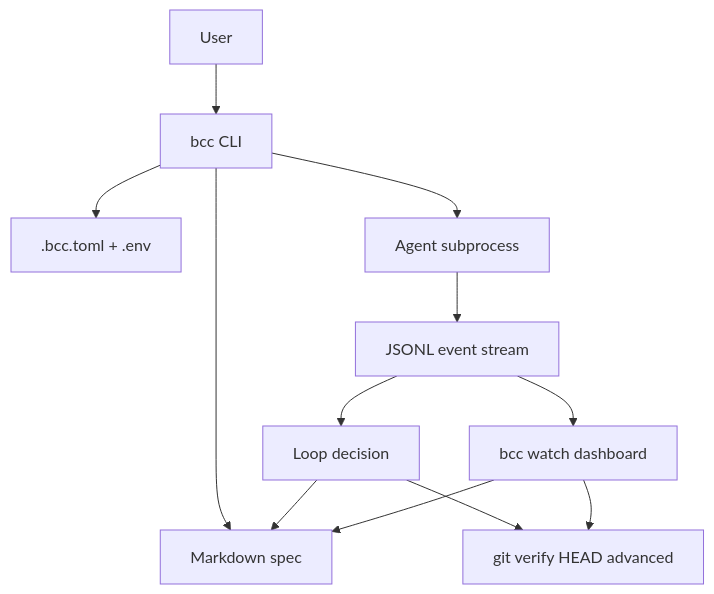
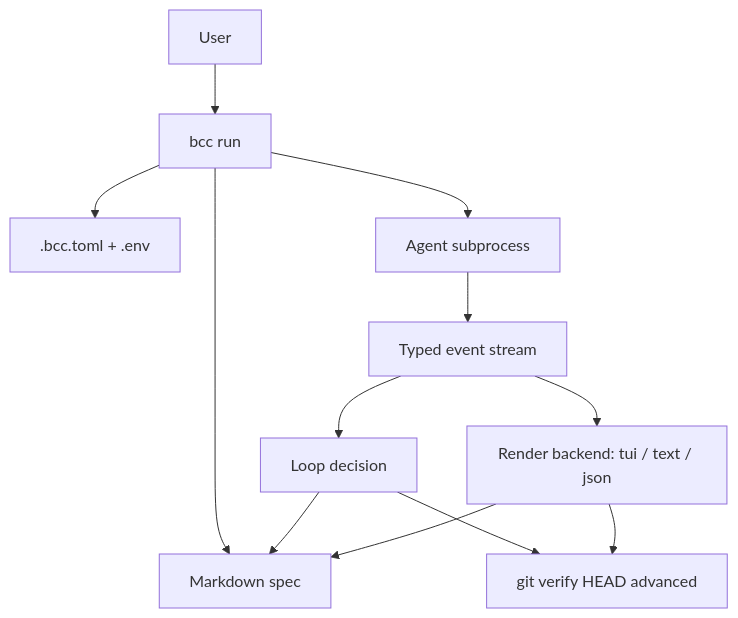
The first of 2 diagrams in docs/specs/buchecha-mvp/index.md (fgmacedo/buchecha), drawn with Mermaid before and after one commit. The commit also changed other lines of this file and 2 other files, not shown here.

First line of the commit message:
docs(specs): rework Phase 2 around single-process TUI; add Phase 3 steering

````diff
--- a/docs/specs/buchecha-mvp/index.md
+++ b/docs/specs/buchecha-mvp/index.md
@@ -45,14 +44,14 @@
 ```mermaid
 graph TD
-    USER[User] --> BCC[bcc CLI]
+    USER[User] --> BCC[bcc run]
     BCC --> CONFIG[.bcc.toml + .env]
     BCC --> SPEC[Markdown spec]
     BCC --> EXEC[Agent subprocess]
-    EXEC --> JSONL[JSONL event stream]
-    JSONL --> LOOP[Loop decision]
-    JSONL --> DASH[bcc watch dashboard]
+    EXEC --> EVENTS[Typed event stream]
+    EVENTS --> LOOP[Loop decision]
+    EVENTS --> RENDER[Render backend: tui / text / json]
     LOOP --> SPEC
     LOOP --> GIT[git verify HEAD advanced]
-    DASH --> SPEC
-    DASH --> GIT
+    RENDER --> SPEC
+    RENDER --> GIT
 ```
````
